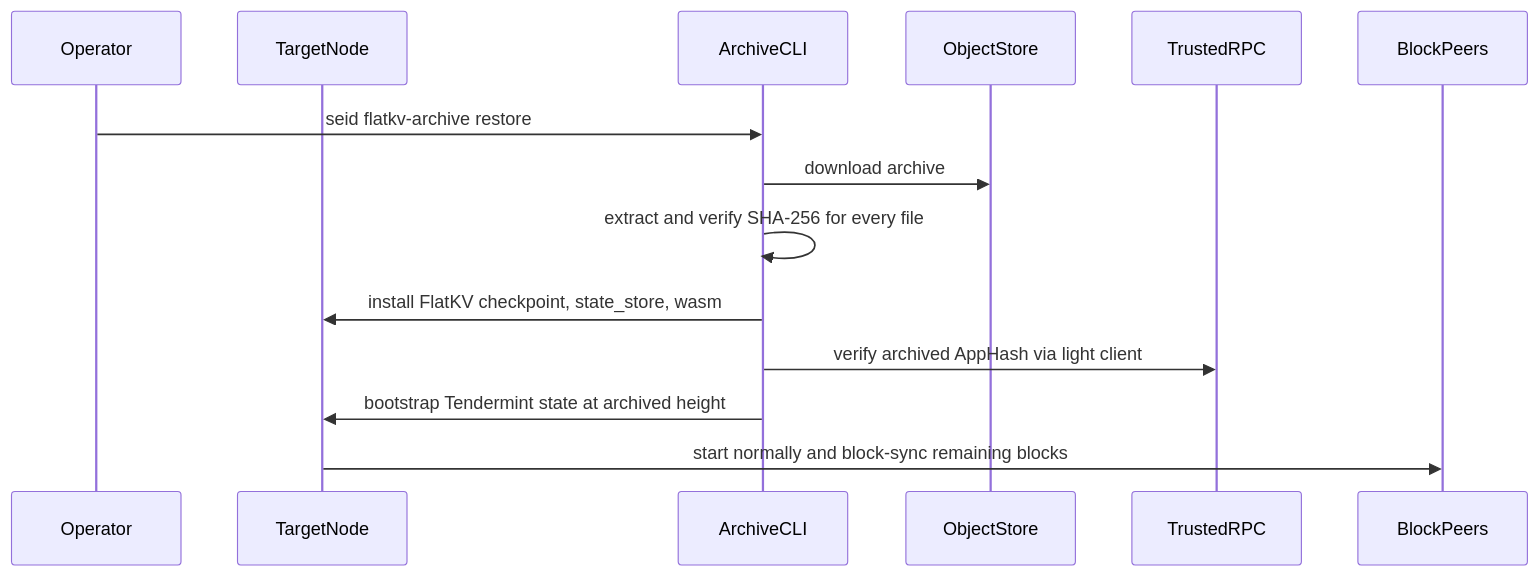
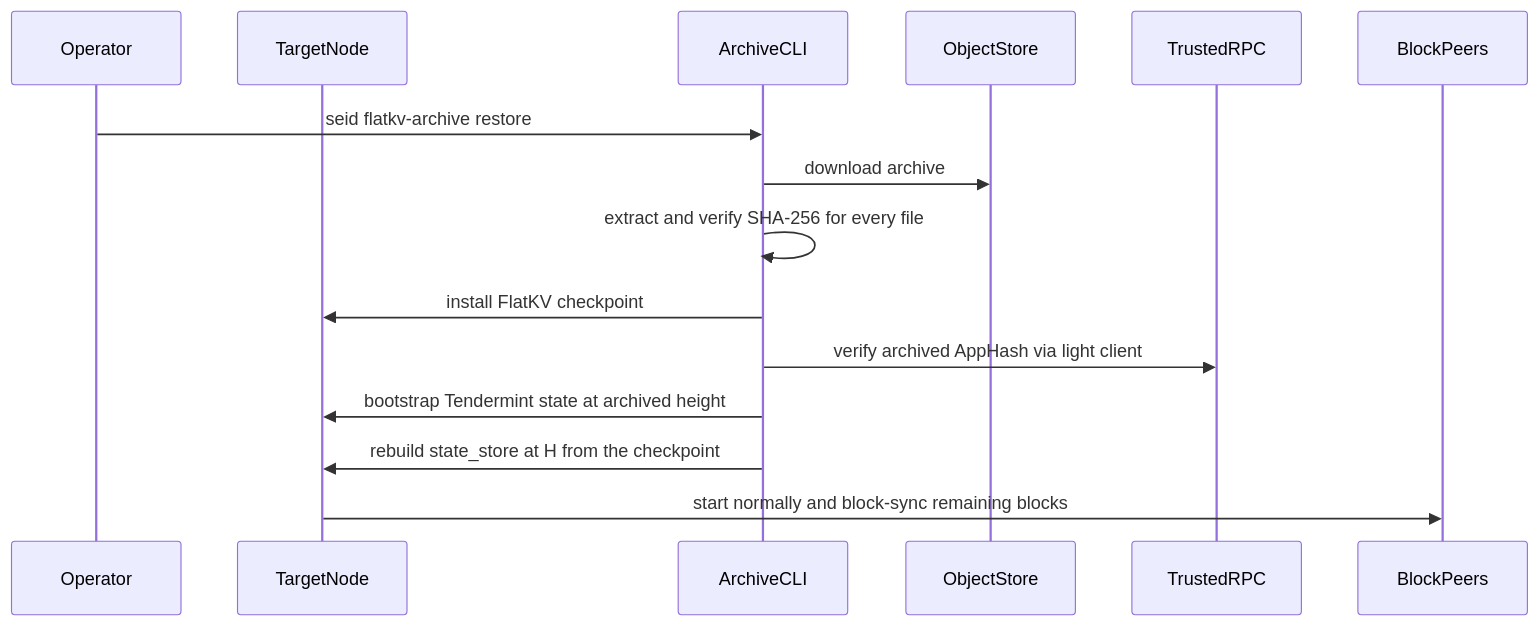
The second of 2 diagrams in docs/flatkv-archive-state-sync.md (sei-protocol/sei-chain), drawn with Mermaid before and after one commit. The commit also changed other lines of this file and 1 other file, not shown here.

First line of the commit message:
docs: single-source-of-truth archive design (SC-only + restore-side SS rebuild)

````diff
--- a/docs/flatkv-archive-state-sync.md
+++ b/docs/flatkv-archive-state-sync.md
@@ -257,17 +301,18 @@
 ```mermaid
 sequenceDiagram
     participant Operator
     participant TargetNode
     participant ArchiveCLI
     participant ObjectStore
     participant TrustedRPC
     participant BlockPeers
 
     Operator->>ArchiveCLI: seid flatkv-archive restore
     ArchiveCLI->>ObjectStore: download archive
     ArchiveCLI->>ArchiveCLI: extract and verify SHA-256 for every file
-    ArchiveCLI->>TargetNode: install FlatKV checkpoint, state_store, wasm
+    ArchiveCLI->>TargetNode: install FlatKV checkpoint
     ArchiveCLI->>TrustedRPC: verify archived AppHash via light client
     ArchiveCLI->>TargetNode: bootstrap Tendermint state at archived height
+    ArchiveCLI->>TargetNode: rebuild state_store at H from the checkpoint
     TargetNode->>BlockPeers: start normally and block-sync remaining blocks
 ```
````
